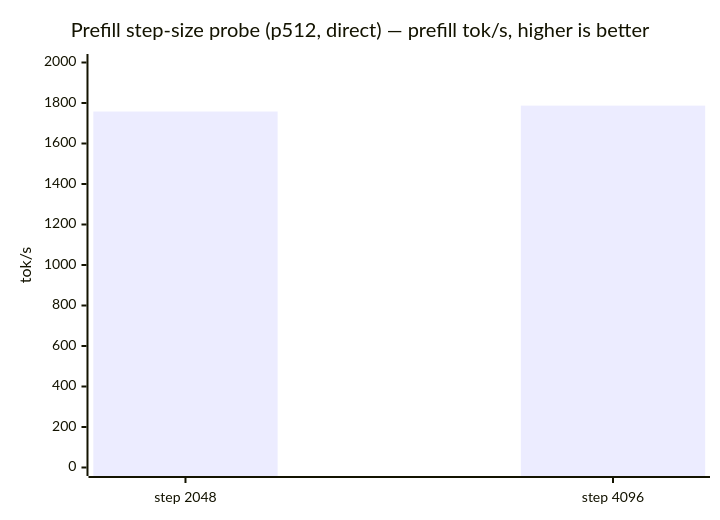
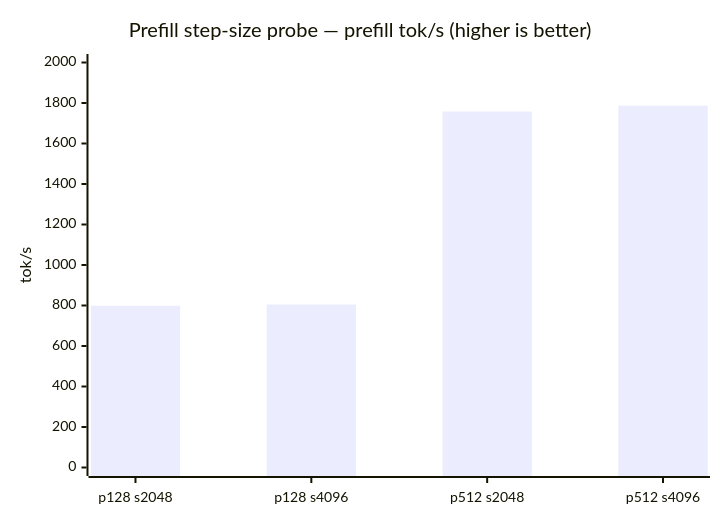
Before and after one commit to defai-digital/ax-engine: the fourth of 5 diagrams in benchmarks/results/mlx-inference/2026-06-13-qwen3-coder-next-prefill-probe/README.md, drawn with Mermaid. The commit also changed other lines of this file and 3 other files, not shown here.

````diff
--- a/benchmarks/results/mlx-inference/2026-06-13-qwen3-coder-next-prefill-probe/README.md
+++ b/benchmarks/results/mlx-inference/2026-06-13-qwen3-coder-next-prefill-probe/README.md
@@ -75,10 +90,10 @@
 ```mermaid
 ---
 config: {"xychart-beta": {"titleFontSize": 16}}
 ---
 xychart-beta
-    title "Prefill step-size probe (p512, direct) — prefill tok/s, higher is better"
-    x-axis ["step 2048", "step 4096"]
+    title "Prefill step-size probe — prefill tok/s (higher is better)"
+    x-axis ["p128 s2048", "p128 s4096", "p512 s2048", "p512 s4096"]
     y-axis "tok/s" 0 --> 2000
-    bar [1758.0, 1786.9]
+    bar [798.9, 804.7, 1758.0, 1786.9]
 ```
````
